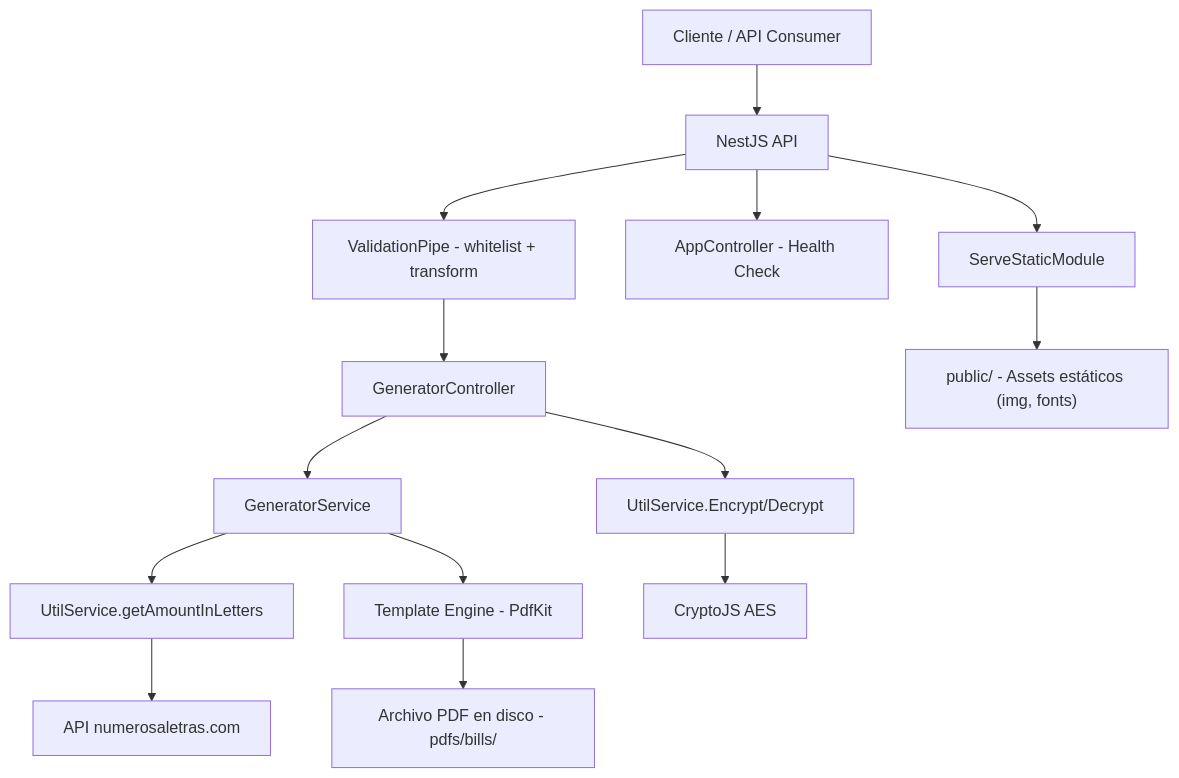
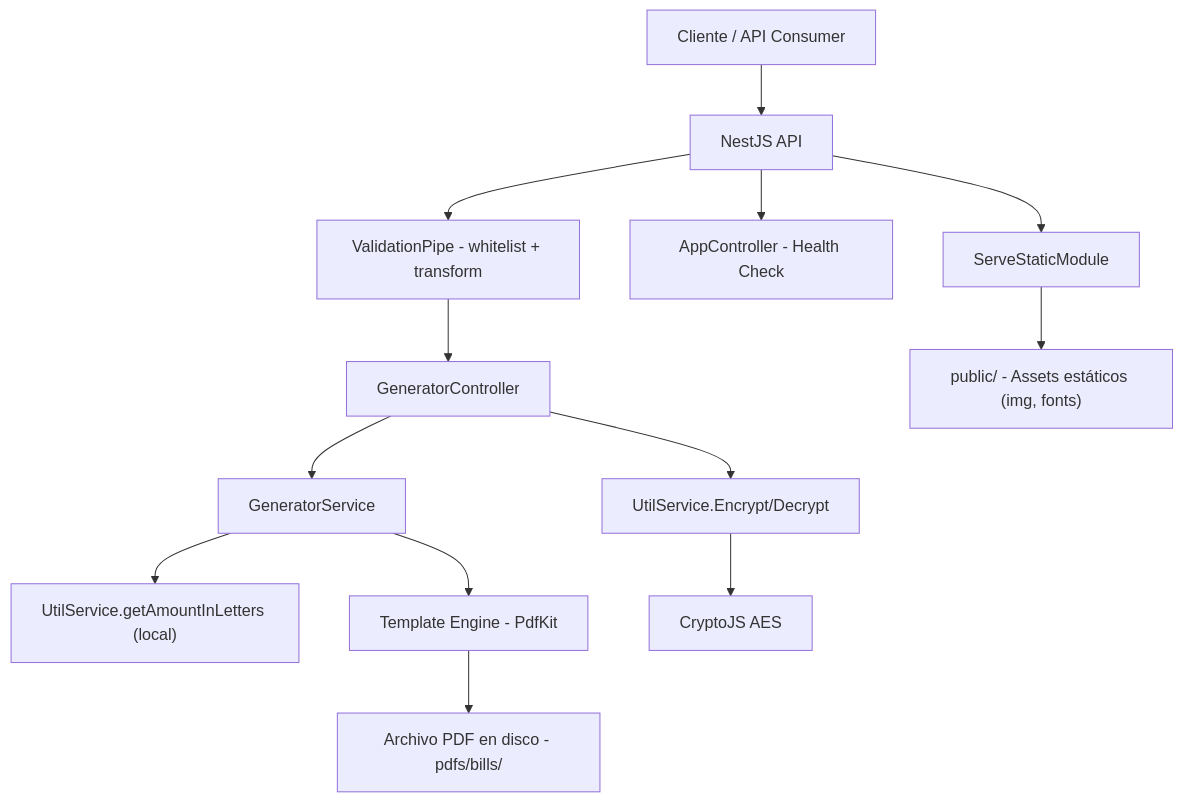
Before and after one commit to cmontesvergara/doc-forge: the first of 3 diagrams in sync/feddocs/architecture.md, drawn with Mermaid. The commit also changed other lines of this file and 5 other files, not shown here.

Commit message:
docs: Update documentation to reflect port hardcoding to 3000, remove external `numerosaletras.com` API dependency, and refresh metadata.

````diff
--- a/sync/feddocs/architecture.md
+++ b/sync/feddocs/architecture.md
@@ -9,16 +9,15 @@
 ```mermaid
 graph TD
     A[Cliente / API Consumer] --> B[NestJS API]
     B --> C[ValidationPipe - whitelist + transform]
     C --> D[GeneratorController]
     D --> E[GeneratorService]
-    E --> F[UtilService.getAmountInLetters]
-    F --> G[API numerosaletras.com]
+    E --> F["UtilService.getAmountInLetters (local)"]
     E --> H[Template Engine - PdfKit]
     H --> I[Archivo PDF en disco - pdfs/bills/]
     D --> J[UtilService.Encrypt/Decrypt]
     J --> K[CryptoJS AES]
     B --> L[AppController - Health Check]
     B --> M[ServeStaticModule]
     M --> N["public/ - Assets estáticos (img, fonts)"]
 ```
````
